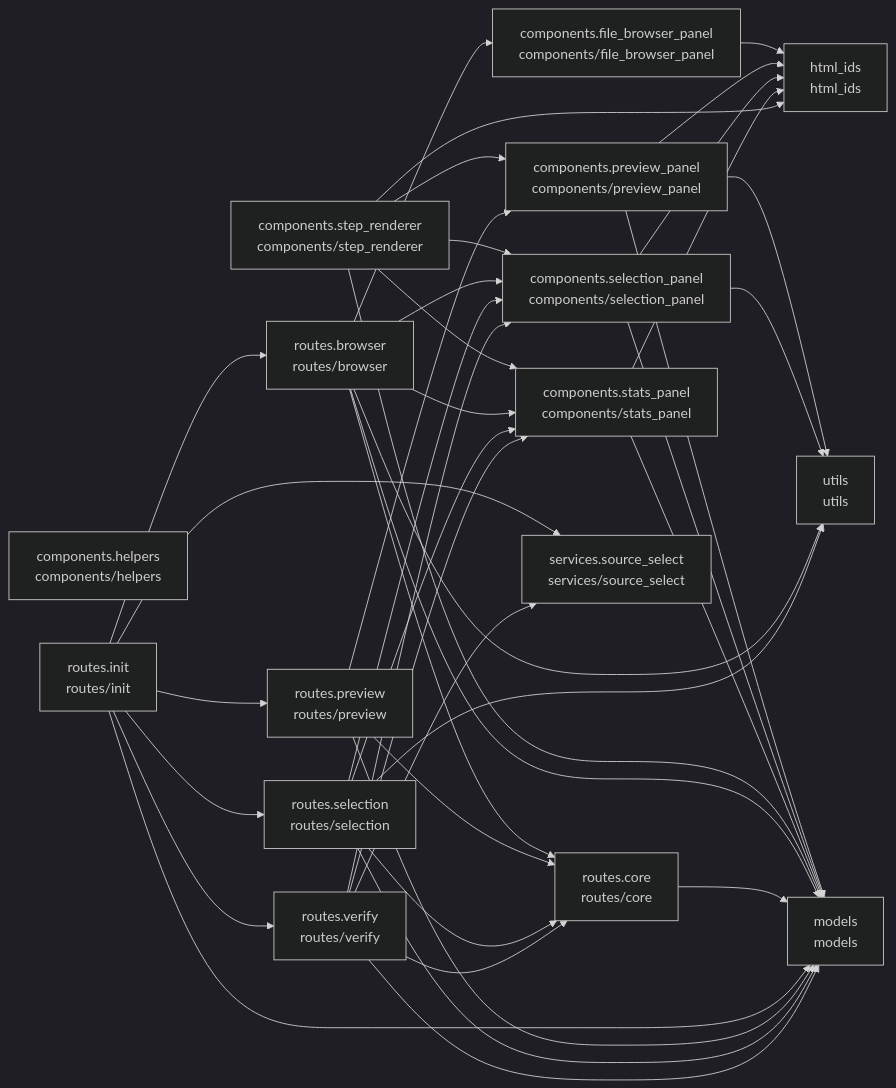
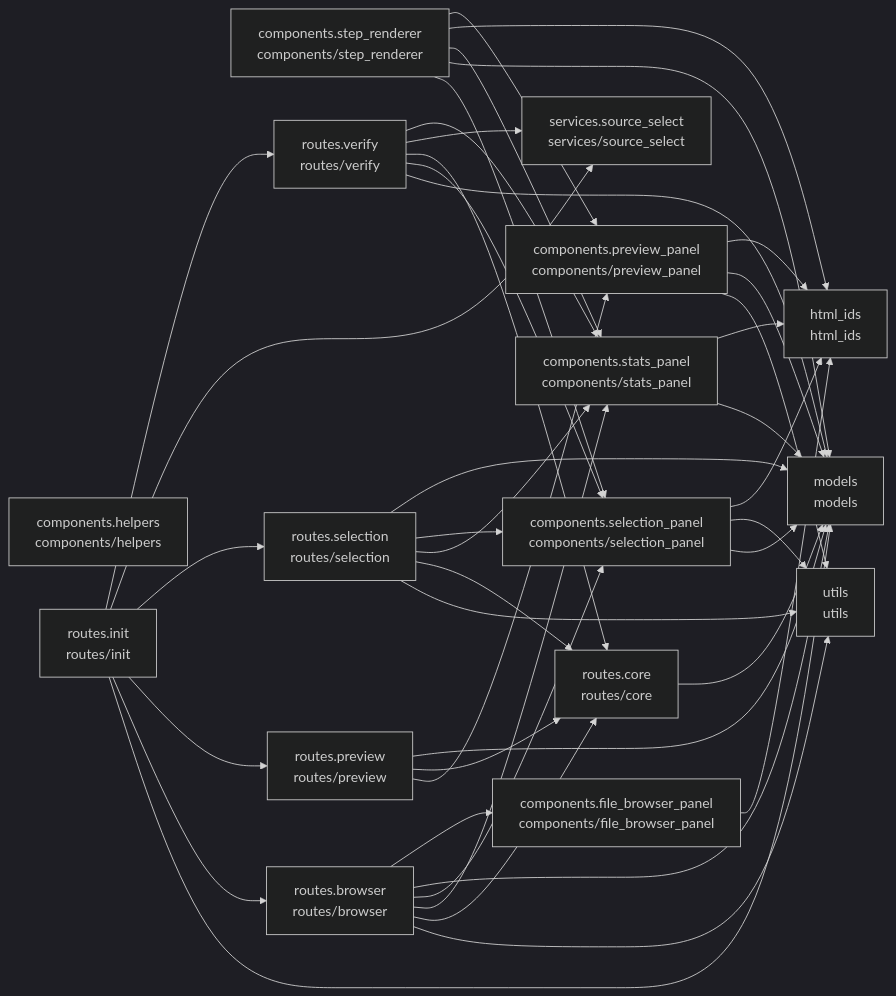
One commit to cj-mills/cjm-transcription-source-select changed the diagram in README.md. Above: the diagram before and after it, drawn with Mermaid (dark theme). The commit also changed other lines of this file and 10 other files, not shown here.

Commit message:
Split stats panel into container + content for innerHTML OOB updates, eliminating visual flash on selection changes.

````diff
--- a/README.md
+++ b/README.md
@@ -39,60 +39,60 @@
 ``` mermaid
 graph LR
     components_file_browser_panel[components.file_browser_panel<br/>components/file_browser_panel]
     components_helpers[components.helpers<br/>components/helpers]
     components_preview_panel[components.preview_panel<br/>components/preview_panel]
     components_selection_panel[components.selection_panel<br/>components/selection_panel]
     components_stats_panel[components.stats_panel<br/>components/stats_panel]
     components_step_renderer[components.step_renderer<br/>components/step_renderer]
     html_ids[html_ids<br/>html_ids]
     models[models<br/>models]
     routes_browser[routes.browser<br/>routes/browser]
     routes_core[routes.core<br/>routes/core]
     routes_init[routes.init<br/>routes/init]
     routes_preview[routes.preview<br/>routes/preview]
     routes_selection[routes.selection<br/>routes/selection]
     routes_verify[routes.verify<br/>routes/verify]
     services_source_select[services.source_select<br/>services/source_select]
     utils[utils<br/>utils]
 
     components_file_browser_panel --> html_ids
+    components_preview_panel --> utils
+    components_preview_panel --> models
     components_preview_panel --> html_ids
-    components_preview_panel --> models
-    components_preview_panel --> utils
     components_selection_panel --> models
+    components_selection_panel --> utils
     components_selection_panel --> html_ids
-    components_selection_panel --> utils
     components_stats_panel --> models
     components_stats_panel --> html_ids
+    components_step_renderer --> components_selection_panel
     components_step_renderer --> models
+    components_step_renderer --> components_stats_panel
     components_step_renderer --> html_ids
-    components_step_renderer --> components_selection_panel
     components_step_renderer --> components_preview_panel
-    components_step_renderer --> components_stats_panel
+    routes_browser --> utils
     routes_browser --> routes_core
+    routes_browser --> components_stats_panel
+    routes_browser --> components_selection_panel
     routes_browser --> models
     routes_browser --> components_file_browser_panel
-    routes_browser --> components_selection_panel
-    routes_browser --> utils
-    routes_browser --> components_stats_panel
     routes_core --> models
+    routes_init --> models
     routes_init --> routes_browser
     routes_init --> routes_preview
+    routes_init --> routes_selection
+    routes_init --> services_source_select
     routes_init --> routes_verify
-    routes_init --> models
-    routes_init --> services_source_select
-    routes_init --> routes_selection
     routes_preview --> components_preview_panel
     routes_preview --> routes_core
     routes_preview --> models
+    routes_selection --> utils
     routes_selection --> routes_core
+    routes_selection --> components_stats_panel
+    routes_selection --> components_selection_panel
     routes_selection --> models
-    routes_selection --> components_selection_panel
-    routes_selection --> utils
-    routes_selection --> components_stats_panel
+    routes_verify --> models
+    routes_verify --> components_selection_panel
     routes_verify --> routes_core
-    routes_verify --> models
     routes_verify --> services_source_select
-    routes_verify --> components_selection_panel
     routes_verify --> components_stats_panel
 ```
````
